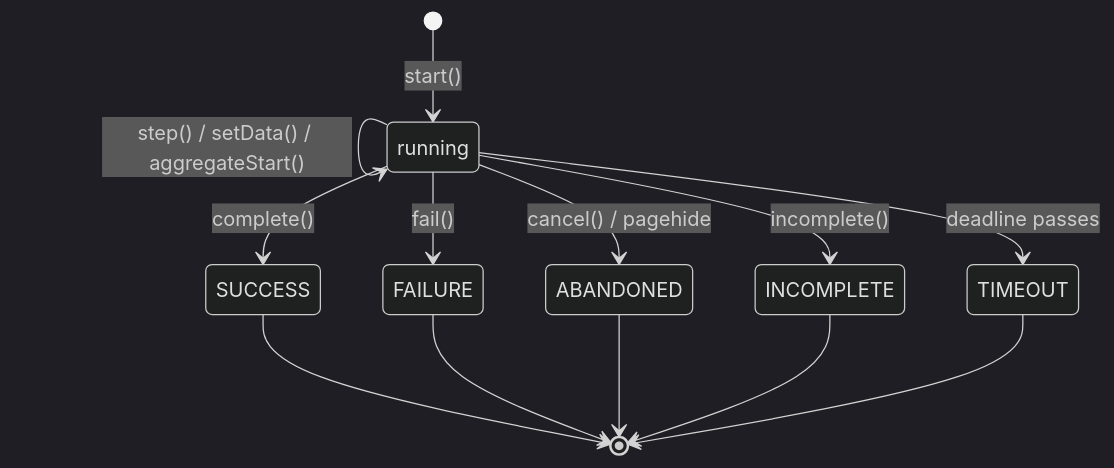
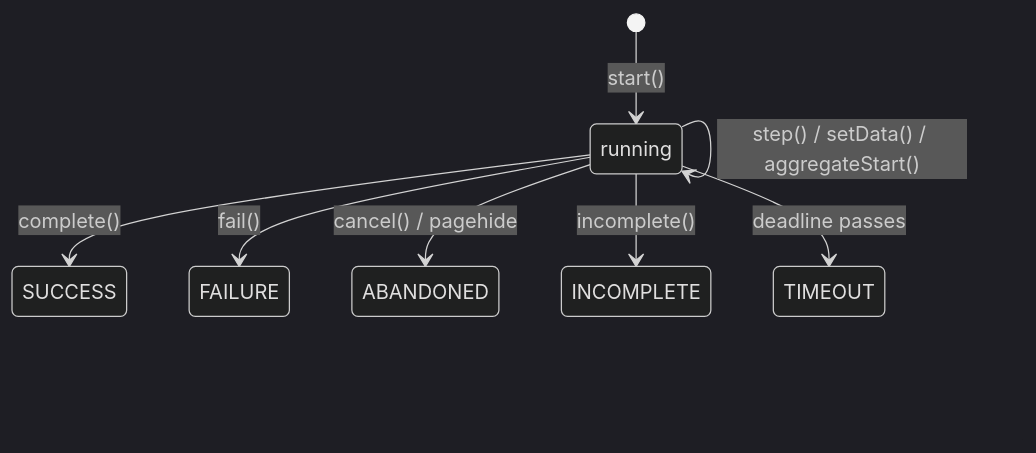
Before and after one commit to AbsaOSS/cps-shared-ui: the second of 4 diagrams in projects/cps-telemetry/DESIGN.md, drawn with Mermaid (dark theme). The commit also changed other lines of this file and 15 other files, not shown here.

````diff
--- a/projects/cps-telemetry/DESIGN.md
+++ b/projects/cps-telemetry/DESIGN.md
@@ -433,15 +483,10 @@
 ```mermaid
 stateDiagram-v2
     [*] --> running: start()
     running --> running: step() / setData() / aggregateStart()
     running --> SUCCESS: complete()
     running --> FAILURE: fail()
     running --> ABANDONED: cancel() / pagehide
     running --> INCOMPLETE: incomplete()
     running --> TIMEOUT: deadline passes
-    SUCCESS --> [*]
-    FAILURE --> [*]
-    ABANDONED --> [*]
-    INCOMPLETE --> [*]
-    TIMEOUT --> [*]
 ```
````
